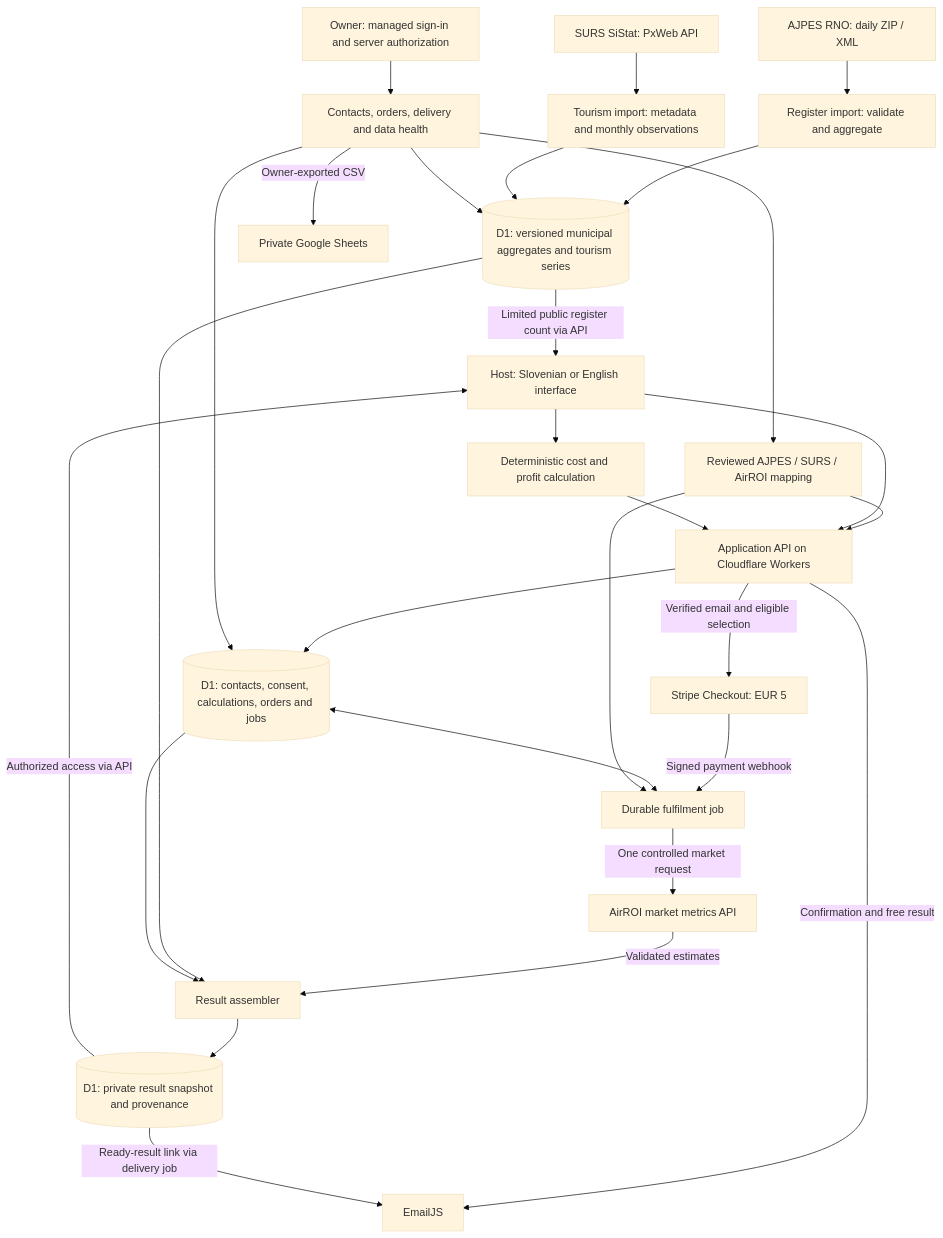
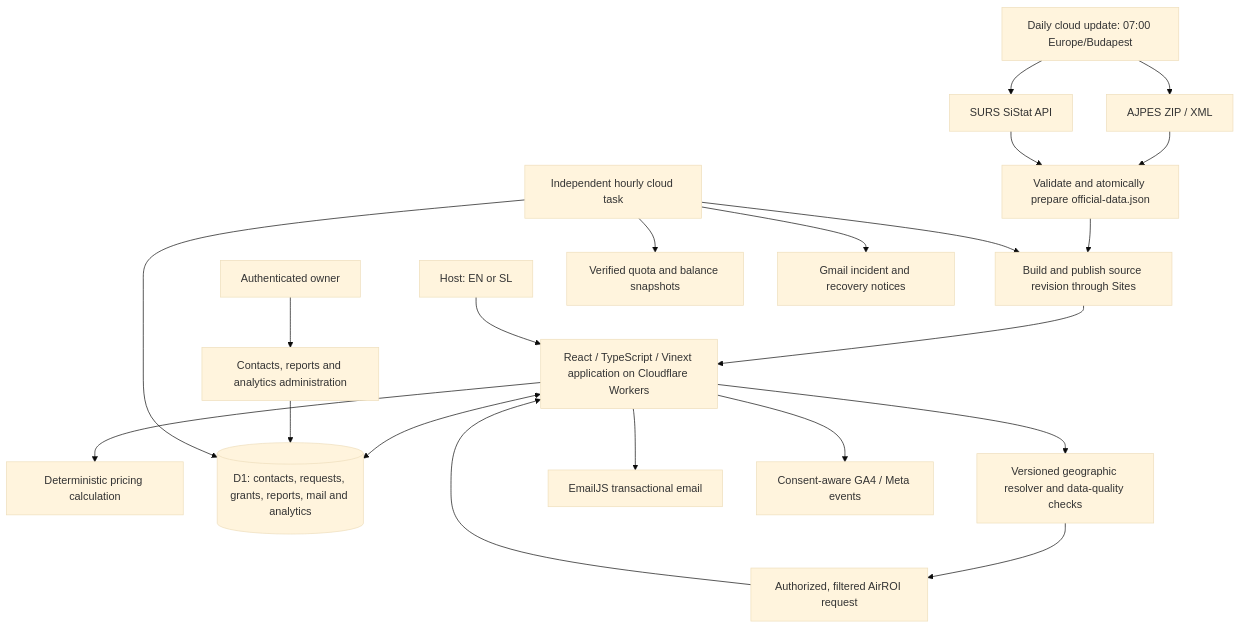
The first of 2 diagrams in ARCHITECTURE.md (lillynikolaeff-cpu/adaptix-hospitality-showcase), drawn with Mermaid (base theme) before and after one commit. The commit also changed other lines of this file and 2 other files, not shown here.

````diff
--- a/ARCHITECTURE.md
+++ b/ARCHITECTURE.md
@@ -9,32 +9,23 @@
 ```mermaid
 flowchart TB
-    AJPES["AJPES RNO: daily ZIP / XML"] --> RNO["Register import: validate and aggregate"]
-    SURS["SURS SiStat: PxWeb API"] --> STAT["Tourism import: metadata and monthly observations"]
-    RNO --> DATA[("D1: versioned municipal aggregates and tourism series")]
-    STAT --> DATA
-    MAP["Reviewed AJPES / SURS / AirROI mapping"] --> API
-
-    HOST["Host: Slovenian or English interface"] --> CALC["Deterministic cost and profit calculation"]
-    HOST --> API["Application API on Cloudflare Workers"]
-    DATA -->|"Limited public register count via API"| HOST
-    CALC --> API
-    API --> APP[("D1: contacts, consent, calculations, orders and jobs")]
-    API -->|"Verified email and eligible selection"| STRIPE["Stripe Checkout: EUR 5"]
-    STRIPE -->|"Signed payment webhook"| JOB["Durable fulfilment job"]
-    APP <--> JOB
-    JOB -->|"One controlled market request"| AIRROI["AirROI market metrics API"]
-    AIRROI -->|"Validated estimates"| REPORT["Result assembler"]
-    DATA --> REPORT
-    MAP --> JOB
-    APP --> REPORT
-    REPORT --> SNAP[("D1: private result snapshot and provenance")]
-    SNAP -->|"Authorized access via API"| HOST
-    API -->|"Confirmation and free result"| EMAIL["EmailJS"]
-    SNAP -->|"Ready-result link via delivery job"| EMAIL
-
-    OWNER["Owner: managed sign-in and server authorization"] --> ADMIN["Contacts, orders, delivery and data health"]
-    ADMIN --> APP
-    ADMIN --> DATA
-    ADMIN --> MAP
-    ADMIN -->|"Owner-exported CSV"| SHEETS["Private Google Sheets"]
+    UPDATE["Daily cloud update: 07:00 Europe/Budapest"] --> AJPES["AJPES ZIP / XML"]
+    UPDATE --> SURS["SURS SiStat API"]
+    AJPES --> PAIR["Validate and atomically prepare official-data.json"]
+    SURS --> PAIR
+    PAIR --> DEPLOY["Build and publish source revision through Sites"]
+    DEPLOY --> APP["React / TypeScript / Vinext application on Cloudflare Workers"]
+    HOST["Host: EN or SL"] --> APP
+    APP --> CALC["Deterministic pricing calculation"]
+    APP <--> DB[("D1: contacts, requests, grants, reports, mail and analytics")]
+    APP --> MAP["Versioned geographic resolver and data-quality checks"]
+    MAP --> AIRROI["Authorized, filtered AirROI request"]
+    AIRROI --> APP
+    APP --> EMAIL["EmailJS transactional email"]
+    APP --> METRICS["Consent-aware GA4 / Meta events"]
+    OWNER["Authenticated owner"] --> ADMIN["Contacts, reports and analytics administration"]
+    ADMIN --> DB
+    MONITOR["Independent hourly cloud task"] --> DEPLOY
+    MONITOR --> DB
+    MONITOR --> QUOTA["Verified quota and balance snapshots"]
+    MONITOR --> GMAIL["Gmail incident and recovery notices"]
 ```
````
